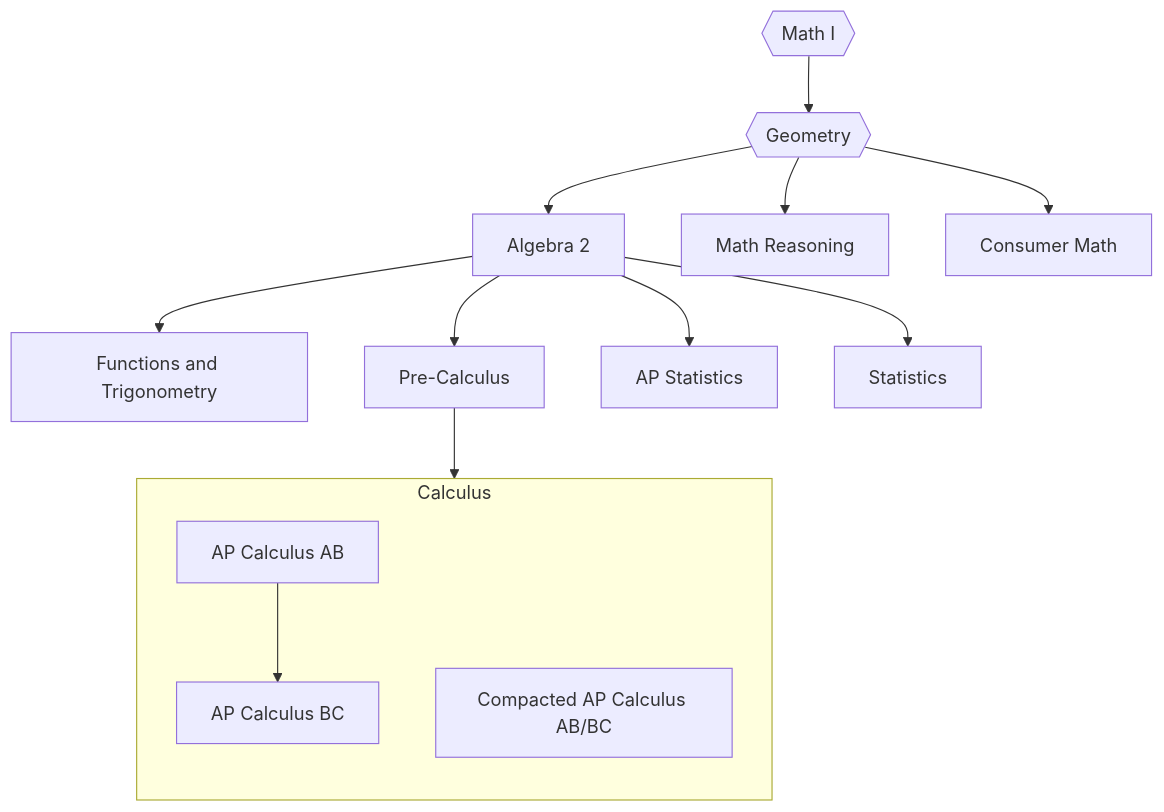
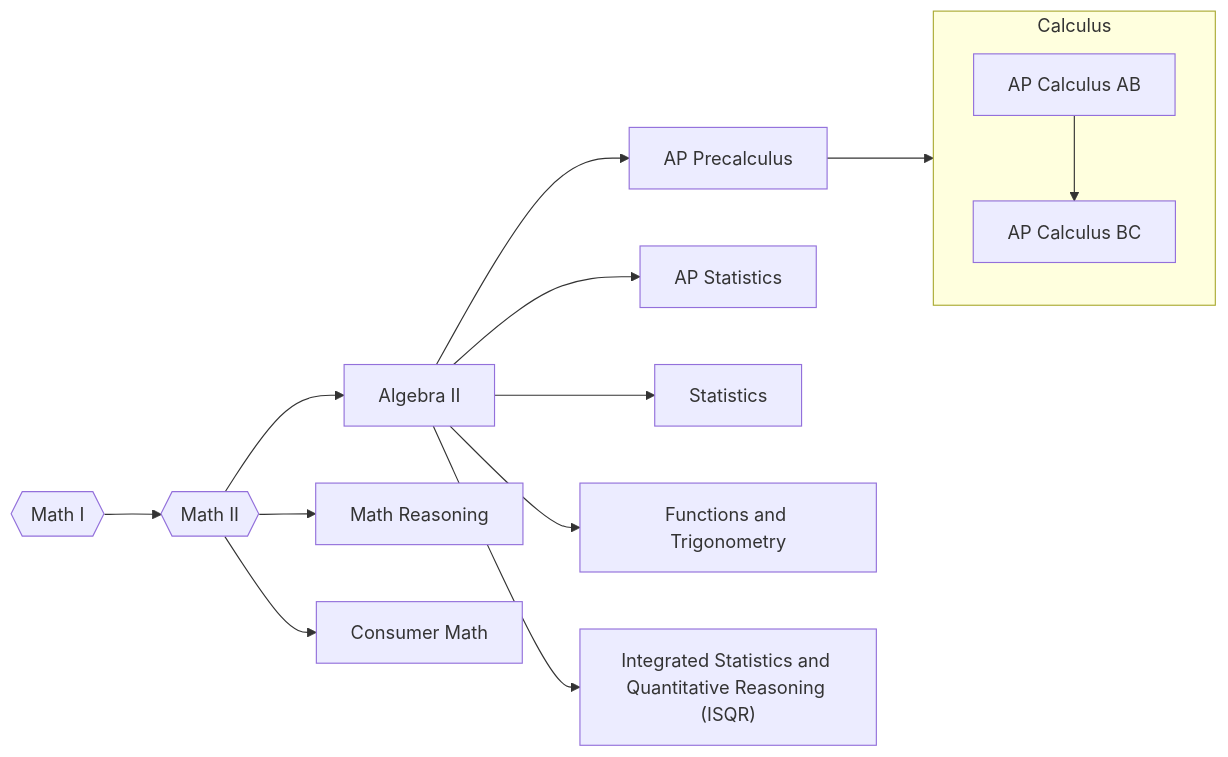
One commit to braskie/courseCatalog changed the diagram in content/course/mathematics/_index.md. Above: the diagram before and after it, drawn with Mermaid. The commit also changed 2 other files, not shown here.

Commit message:
adjust flowcharts and mission statements

````diff
--- a/content/course/mathematics/_index.md
+++ b/content/course/mathematics/_index.md
@@ -10,45 +10,47 @@
 ```mermaid
-flowchart TD;
+flowchart LR;
     3465MTH{{Math I}}
+    3467MTH{{Math II}}
+    3485MTH[Algebra II]
+    3383MTH[Math Reasoning]
+    3688MTH[Consumer Math]
+    3498MTH[AP Precalculus]
+    3005MTH[AP Statistics]
+    3013MTH[Statistics]
+    3493MTH[Functions and Trigonometry]
+    3020MTH["Integrated Statistics and Quantitative Reasoning (ISQR)"]
+    3596MTH[AP Calculus AB]
+    3598MTH[AP Calculus BC]
+
     click 3465MTH "/3465MTH"
-    3369MTH{{Geometry}}
-    click 3369MTH "/3369MTH"
-    3485MTH[Algebra 2]
+    click 3467MTH "/3467MTH"
     click 3485MTH "/3485MTH"
-    3493MTH[Functions and Trigonometry]
     click 3493MTH "/3493MTH"
-    3383MTH[Math Reasoning]
     click 3383MTH "/3383MTH"
-    3688MTH[Consumer Math]
     click 3688MTH "/3688MTH"
-    3588MTH[Pre-Calculus]
-    click 3588MTH "/3588MTH"
-    3005MTH[AP Statistics]
+    click 3498MTH "/3498MTH"
     click 3005MTH "/3005MTH"
-    3013MTH[Statistics]
     click 3013MTH "/3013MTH"
-    3596MTH[AP Calculus AB]
     click 3596MTH "/3596MTH"
-    3598MTH[AP Calculus BC]
     click 3598MTH "/3598MTH"
-    3474COMP[Compacted AP Calculus AB/BC]
     click 3474COMP "/3474COMP"
+    click 3020MTH "/3020MTH"
 
     subgraph Calculus
-        direction TB
-        3596MTH-->3598MTH
-        3474COMP
+        direction TB;
+        3596MTH-->3598MTH;
     end
 
-    3465MTH-->3369MTH;
-    3369MTH-->3485MTH;
-    3369MTH-->3383MTH;
-    3369MTH-->3688MTH;
-    3485MTH-->3588MTH;
+    3465MTH-->3467MTH-->3485MTH;
+    3467MTH-->3383MTH;
+    3467MTH-->3688MTH;
+    3485MTH-->3498MTH;
     3485MTH-->3013MTH;
     3485MTH-->3005MTH;
     3485MTH-->3493MTH;
-    3588MTH-->Calculus;
+    3485MTH-->3020MTH;
+    3498MTH-->Calculus;
+    
 
 
 ```
````
